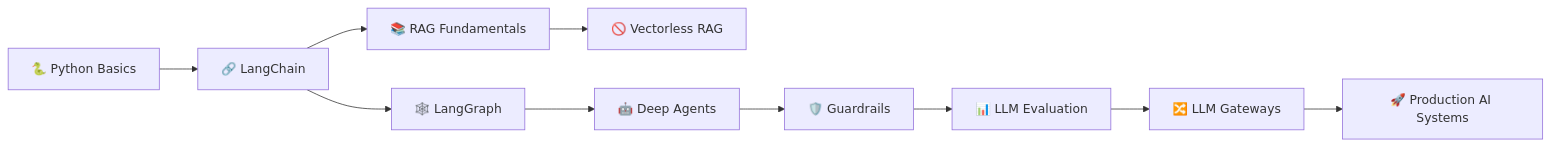
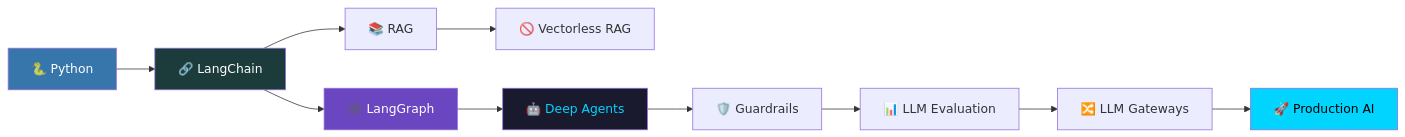
The diagram in README.md (saifullah857/GenAI-Agentic-Mastery), drawn with Mermaid before and after one commit. The commit also changed other lines of this file and 10 other files, not shown here.

````diff
--- a/README.md
+++ b/README.md
@@ -307,12 +378,18 @@
 ```mermaid
 graph LR
-    A[🐍 Python Basics] --> B[🔗 LangChain]
-    B --> C[📚 RAG Fundamentals]
+    A[🐍 Python] --> B[🔗 LangChain]
+    B --> C[📚 RAG]
     C --> D[🚫 Vectorless RAG]
     B --> E[🕸️ LangGraph]
     E --> F[🤖 Deep Agents]
     F --> G[🛡️ Guardrails]
     G --> H[📊 LLM Evaluation]
     H --> I[🔀 LLM Gateways]
-    I --> J[🚀 Production AI Systems]
+    I --> J[🚀 Production AI]
+
+    style A fill:#3776AB,color:#fff
+    style B fill:#1C3C3C,color:#fff
+    style E fill:#6B46C1,color:#fff
+    style F fill:#1a1a2e,color:#00d4ff
+    style J fill:#00d4ff,color:#000
 ```
````
